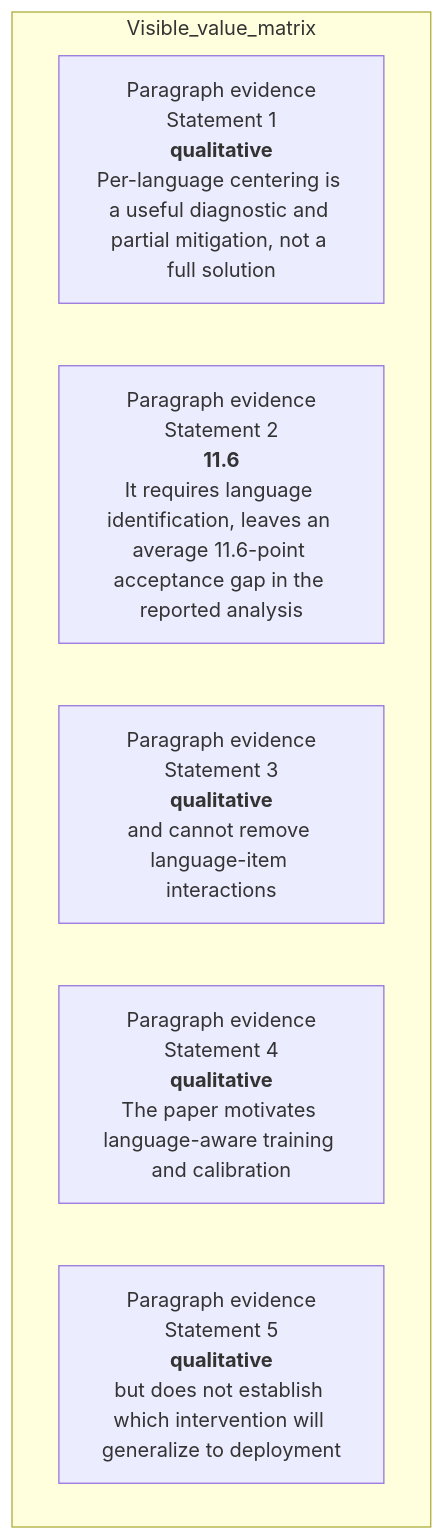
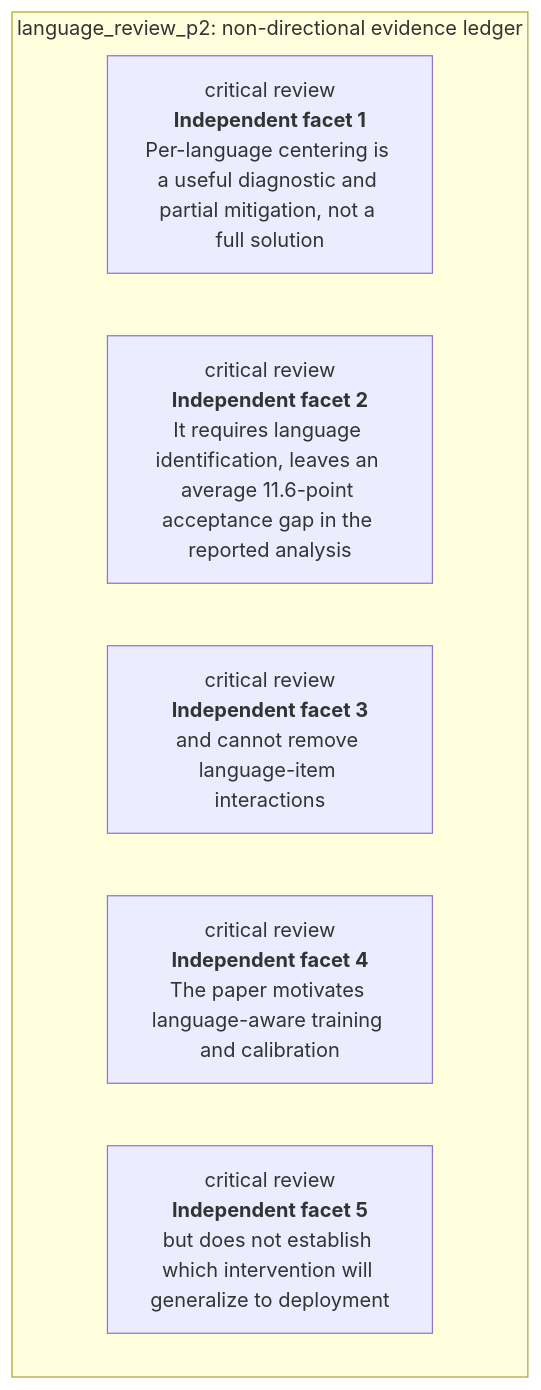
Diagram 47 of 48 in docs/visual-manifests/VISUAL_MANIFEST_LLM_EVALUATORS_LANGUAGES.md (Betancourt1/paper_atlas), drawn with Mermaid before and after one commit. The commit also changed other lines of this file and 7 other files, not shown here.

````diff
--- a/docs/visual-manifests/VISUAL_MANIFEST_LLM_EVALUATORS_LANGUAGES.md
+++ b/docs/visual-manifests/VISUAL_MANIFEST_LLM_EVALUATORS_LANGUAGES.md
@@ -3944,10 +3956,10 @@
 ```mermaid
 flowchart TB
-  subgraph Visible_value_matrix
-    r1["Paragraph evidence<br/>Statement 1<br/><b>qualitative</b><br/>Per-language centering is a useful diagnostic and partial mitigation, not a full solution"]
-    r2["Paragraph evidence<br/>Statement 2<br/><b>11.6</b><br/>It requires language identification, leaves an average 11.6-point acceptance gap in the reported analysis"]
-    r3["Paragraph evidence<br/>Statement 3<br/><b>qualitative</b><br/>and cannot remove language-item interactions"]
-    r4["Paragraph evidence<br/>Statement 4<br/><b>qualitative</b><br/>The paper motivates language-aware training and calibration"]
-    r5["Paragraph evidence<br/>Statement 5<br/><b>qualitative</b><br/>but does not establish which intervention will generalize to deployment"]
+  subgraph Ledger["language_review_p2: non-directional evidence ledger"]
+    r1["critical review<br/><b>Independent facet 1</b><br/>Per-language centering is a useful diagnostic and partial mitigation, not a full solution"]
+    r2["critical review<br/><b>Independent facet 2</b><br/>It requires language identification, leaves an average 11.6-point acceptance gap in the reported analysis"]
+    r3["critical review<br/><b>Independent facet 3</b><br/>and cannot remove language-item interactions"]
+    r4["critical review<br/><b>Independent facet 4</b><br/>The paper motivates language-aware training and calibration"]
+    r5["critical review<br/><b>Independent facet 5</b><br/>but does not establish which intervention will generalize to deployment"]
   end
 ```
````
